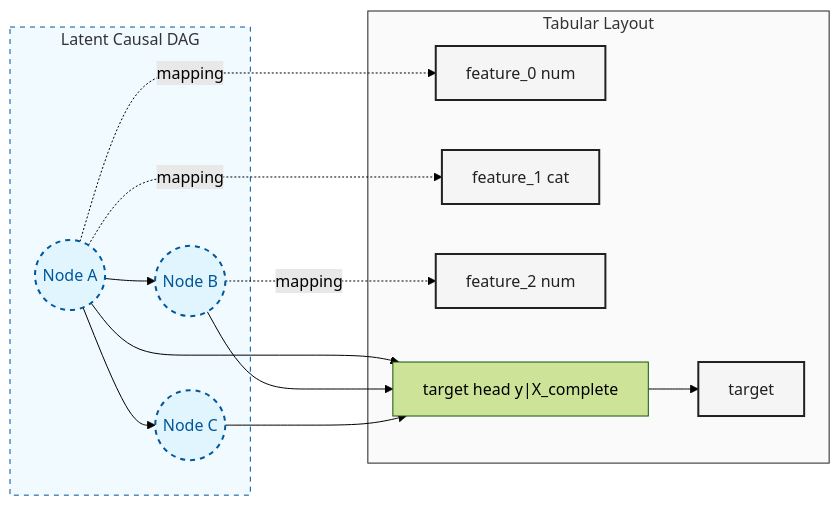
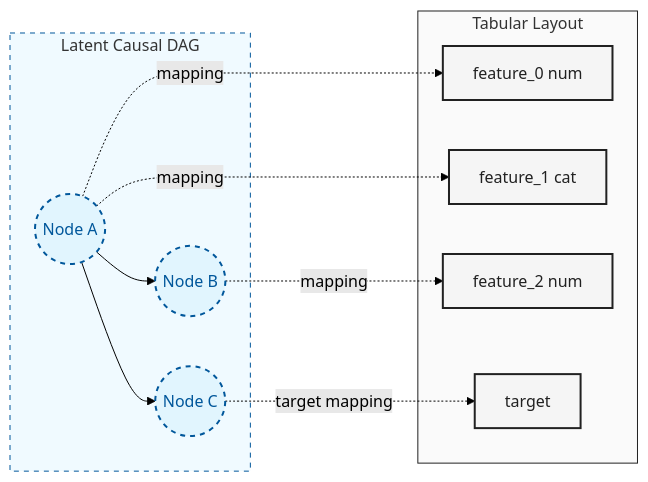
Before and after one commit to bensonlee5/cauchy-generator: the first of 3 diagrams in docs/how-it-works.md, drawn with Mermaid (forest theme). The commit also changed other lines of this file and 83 other files, not shown here.

````diff
--- a/docs/how-it-works.md
+++ b/docs/how-it-works.md
@@ -54,35 +53,31 @@
 ```mermaid
 flowchart LR
     %% Class Definitions
     classDef latent fill:#e1f5fe,stroke:#01579b,stroke-width:2px,color:#01579b,stroke-dasharray: 5 5
     classDef observable fill:#f5f5f5,stroke:#212121,stroke-width:2px,color:#212121
 
     subgraph LatentSpace [Latent Causal DAG]
         A((Node A)) --> B((Node B))
         A --> C((Node C))
     end
 
     subgraph ObservableSpace [Tabular Layout]
         F1[feature_0 num]
         F2[feature_1 cat]
         F3[feature_2 num]
-        H["target head y|X_complete"]
         T[target]
     end
 
     %% Mapping connections
     A -. mapping .-> F1
     A -. mapping .-> F2
     B -. mapping .-> F3
-    A --> H
-    B --> H
-    C --> H
-    H --> T
+    C -. target mapping .-> T
 
     %% Assign Classes
     class A,B,C latent
     class F1,F2,F3,T observable
 
     style LatentSpace fill:#f0faff,stroke:#01579b,stroke-dasharray: 5 5
     style ObservableSpace fill:#fafafa,stroke:#212121
 ```
````
